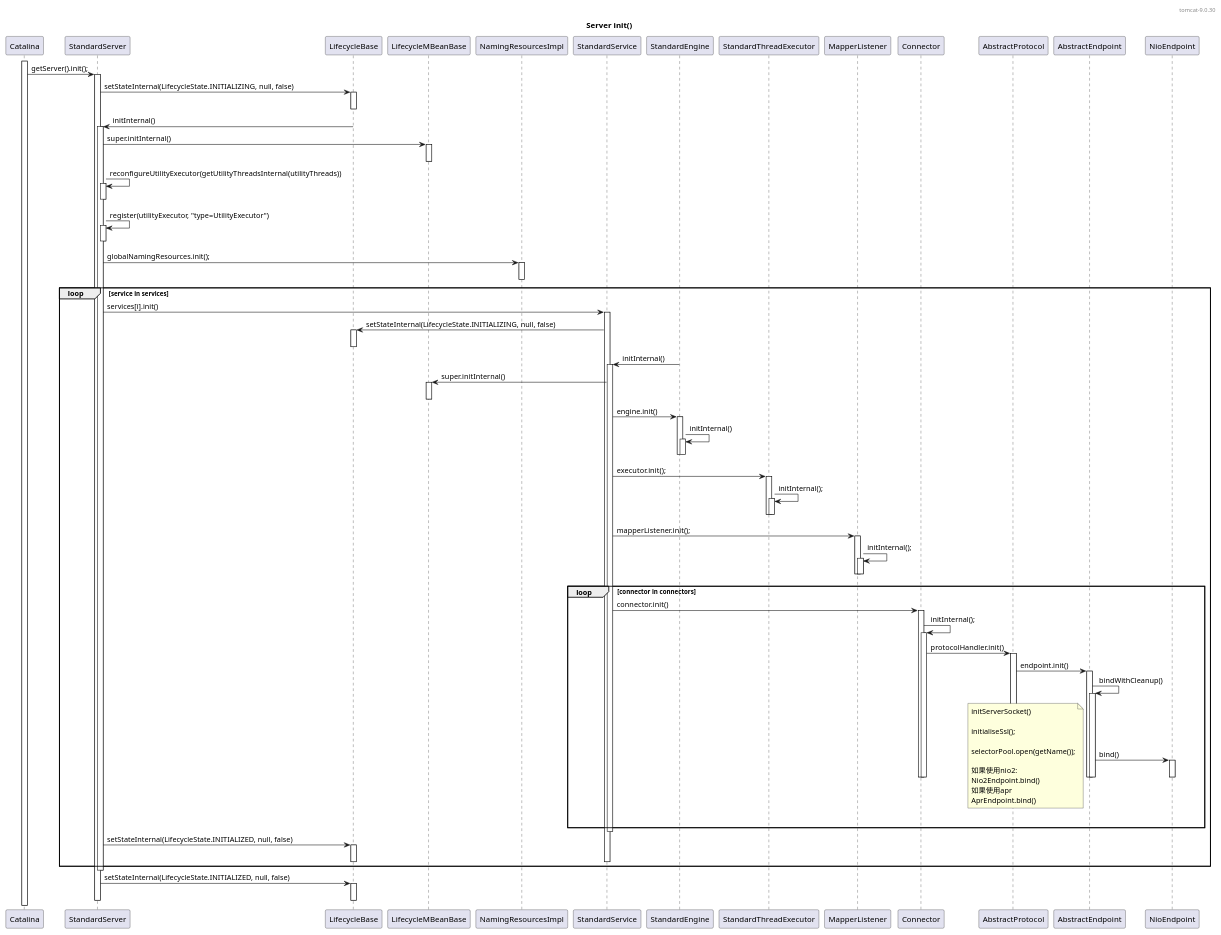
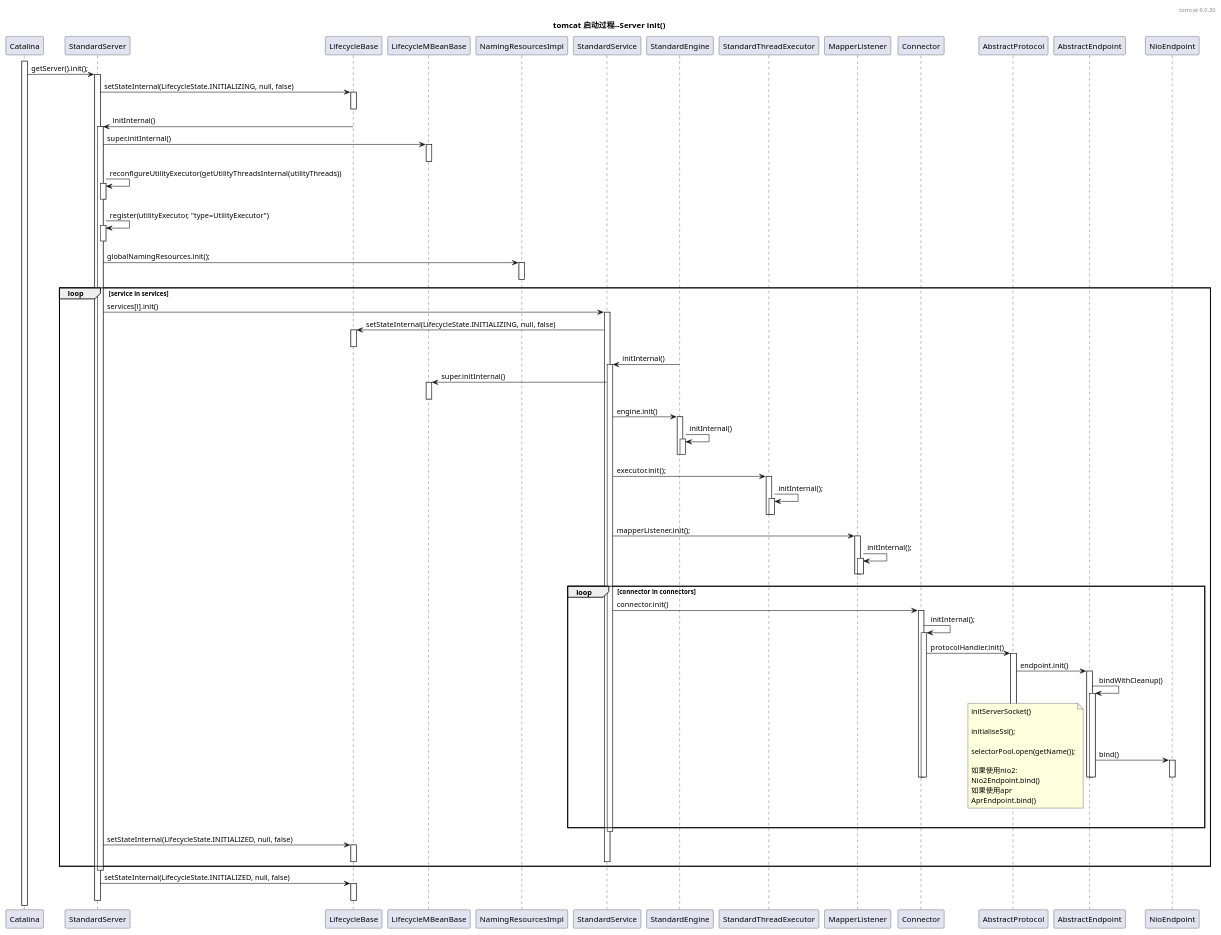
One commit to zhhongCai/tomcat changed the diagram in server_init.puml. Above: the diagram before and after it, drawn with PlantUML. The commit also changed 13 other files, not shown here.

Commit message:
流程图

```diff
--- a/server_init.puml
+++ b/server_init.puml
@@ -1,88 +1,88 @@
 @startuml
 
 header tomcat-9.0.30
 
-title Server init()
+title tomcat 启动过程--Server init()
 
 activate Catalina
 Catalina -> StandardServer++: getServer().init();
     StandardServer -> LifecycleBase++: setStateInternal(LifecycleState.INITIALIZING, null, false)
     deactivate LifecycleBase
 
     LifecycleBase -> StandardServer++: initInternal()
         StandardServer -> LifecycleMBeanBase++:  super.initInternal()
         deactivate LifecycleMBeanBase
 
         StandardServer -> StandardServer++: reconfigureUtilityExecutor(getUtilityThreadsInternal(utilityThreads))
         deactivate StandardServer
 
         StandardServer -> StandardServer++: register(utilityExecutor, "type=UtilityExecutor")
         deactivate StandardServer
 
         StandardServer -> NamingResourcesImpl++: globalNamingResources.init();
         deactivate NamingResourcesImpl
 
         loop service in services
             StandardServer -> StandardService++: services[i].init()
                 StandardService -> LifecycleBase++: setStateInternal(LifecycleState.INITIALIZING, null, false)
                 deactivate LifecycleBase
 
                 StandardEngine -> StandardService++: initInternal()
                     StandardService -> LifecycleMBeanBase++:  super.initInternal()
                     deactivate LifecycleMBeanBase
 
                     StandardService -> StandardEngine++: engine.init()
                         StandardEngine -> StandardEngine++: initInternal()
                         deactivate StandardEngine
                     deactivate StandardEngine
 
 
                     StandardService -> StandardThreadExecutor++: executor.init();
                         StandardThreadExecutor -> StandardThreadExecutor++: initInternal();
                         deactivate StandardThreadExecutor
                     deactivate StandardThreadExecutor
 
                     StandardService -> MapperListener++: mapperListener.init();
                         MapperListener -> MapperListener++: initInternal();
                         deactivate MapperListener
                     deactivate MapperListener
 
                     loop connector in connectors
                         StandardService -> Connector++: connector.init()
                             Connector -> Connector++: initInternal();
                                 Connector -> AbstractProtocol++: protocolHandler.init()
                                     AbstractProtocol -> AbstractEndpoint++: endpoint.init()
                                         AbstractEndpoint -> AbstractEndpoint++: bindWithCleanup()
                                             AbstractEndpoint -> NioEndpoint++: bind()
                                             note left
                                             initServerSocket()
 
                                             initialiseSsl();
 
                                             selectorPool.open(getName());
 
                                             如果使用nio2:
                                             Nio2Endpoint.bind()
                                             如果使用apr
                                             AprEndpoint.bind()
                                             end note
                                             deactivate NioEndpoint
                                         deactivate AbstractEndpoint
                                     deactivate AbstractEndpoint
                                 deactivate AbstractProtocol
                             deactivate Connector
                         deactivate Connector
                     end loop
                 deactivate StandardService
 
                 StandardServer -> LifecycleBase++: setStateInternal(LifecycleState.INITIALIZED, null, false)
                 deactivate LifecycleBase
             deactivate StandardService
         end loop
     deactivate StandardServer
 
     StandardServer -> LifecycleBase++: setStateInternal(LifecycleState.INITIALIZED, null, false)
     deactivate LifecycleBase
 deactivate StandardServer
 
 @enduml
```
